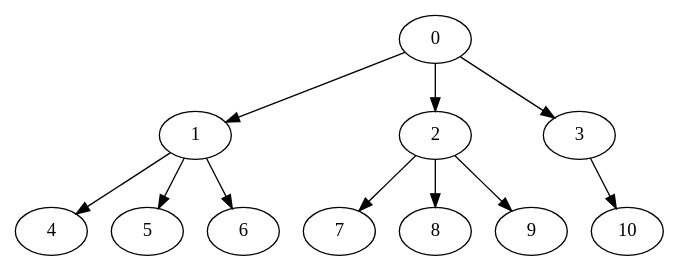
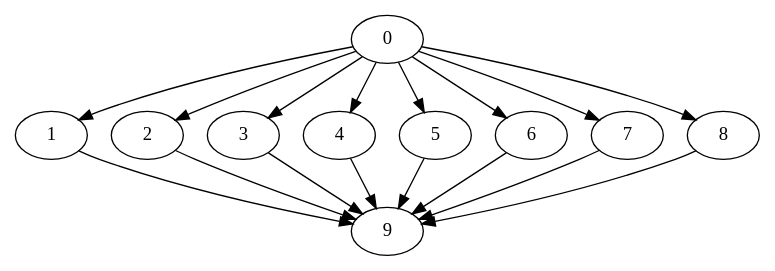
One commit to zsuh022/process-scheduler changed the diagram in src/main/resources/dotfiles/random/Random_Graph.dot. Above: the diagram before and after it, drawn with Graphviz. The commit also changed 10 other files, not shown here.

```diff
--- a/src/main/resources/dotfiles/random/Random_Graph.dot
+++ b/src/main/resources/dotfiles/random/Random_Graph.dot
@@ -1,23 +1,28 @@
 digraph {
-	"0" ["Weight"=50];
-	"1" ["Weight"=70];
-	"2" ["Weight"=90];
-	"3" ["Weight"=100];
-	"4" ["Weight"=40];
-	"5" ["Weight"=20];
-	"6" ["Weight"=100];
-	"7" ["Weight"=80];
-	"8" ["Weight"=50];
-	"9" ["Weight"=20];
-	"10" ["Weight"=20];
-	"0" -> "1" ["Weight"=9];
-	"0" -> "2" ["Weight"=7];
-	"3" -> "10" ["Weight"=4];
-	"0" -> "3" ["Weight"=4];
-	"1" -> "4" ["Weight"=10];
-	"1" -> "5" ["Weight"=7];
-	"1" -> "6" ["Weight"=5];
-	"2" -> "7" ["Weight"=5];
-	"2" -> "8" ["Weight"=3];
-	"2" -> "9" ["Weight"=10];
+	"0" ["Weight"=10];
+	"1" ["Weight"=9];
+	"2" ["Weight"=8];
+	"3" ["Weight"=2];
+	"4" ["Weight"=9];
+	"5" ["Weight"=8];
+	"6" ["Weight"=8];
+	"7" ["Weight"=7];
+	"8" ["Weight"=7];
+	"9" ["Weight"=5];
+	"0" -> "1" ["Weight"=43];
+	"8" -> "9" ["Weight"=57];
+	"0" -> "2" ["Weight"=64];
+	"7" -> "9" ["Weight"=57];
+	"0" -> "3" ["Weight"=57];
+	"6" -> "9" ["Weight"=28];
+	"0" -> "4" ["Weight"=14];
+	"5" -> "9" ["Weight"=14];
+	"0" -> "5" ["Weight"=57];
+	"4" -> "9" ["Weight"=57];
+	"0" -> "6" ["Weight"=71];
+	"3" -> "9" ["Weight"=50];
+	"0" -> "7" ["Weight"=35];
+	"2" -> "9" ["Weight"=43];
+	"0" -> "8" ["Weight"=64];
+	"1" -> "9" ["Weight"=21];
 }
```
